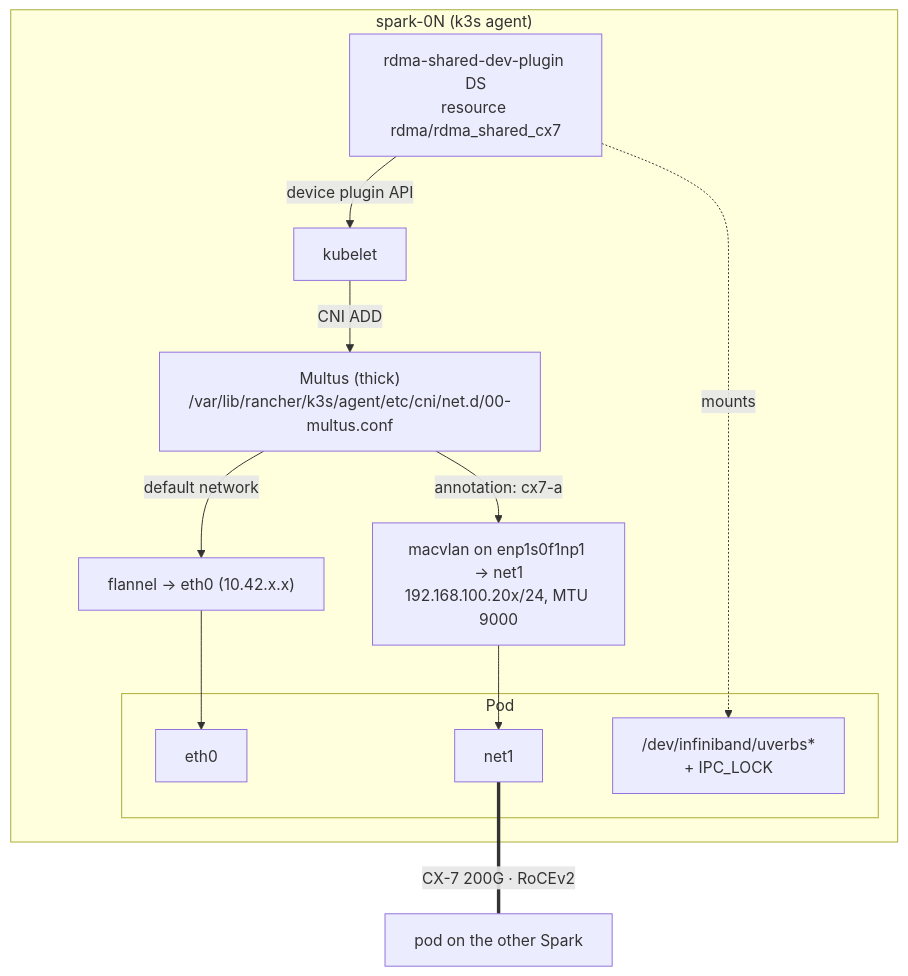
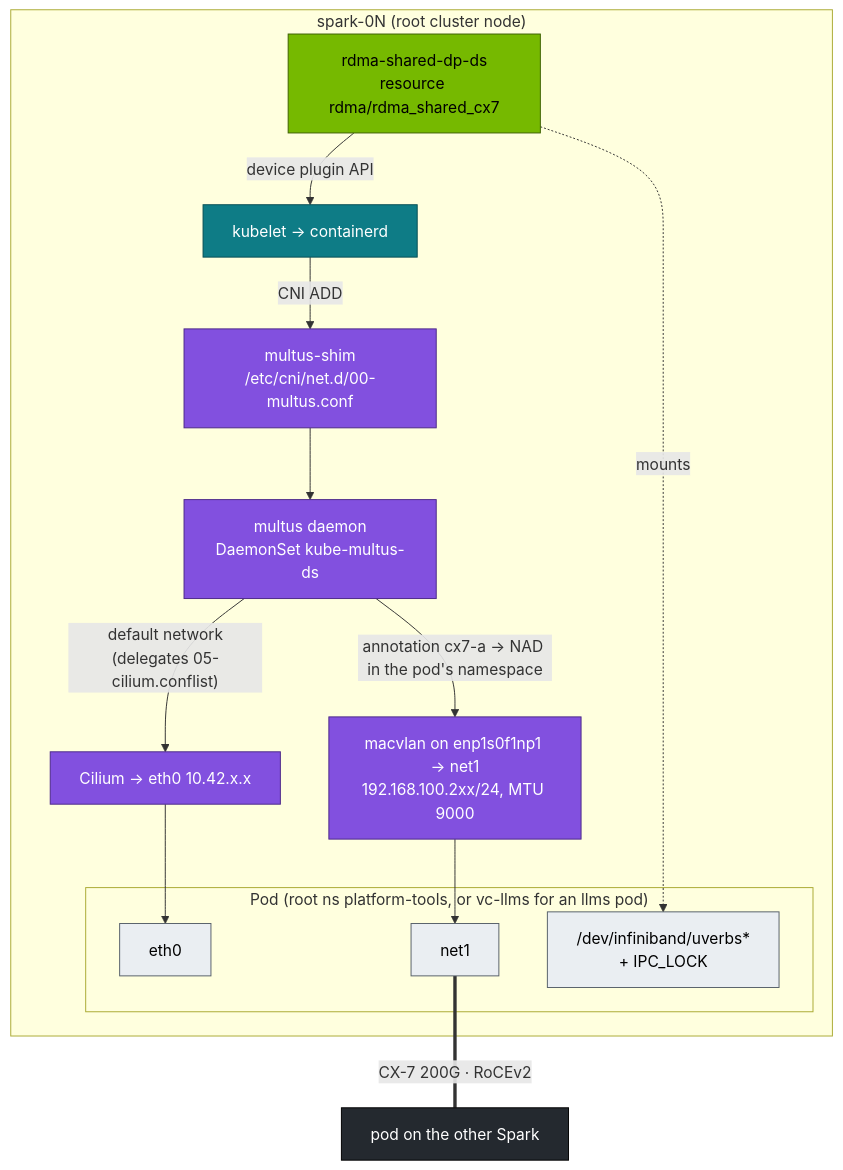
One commit to cloudone365/technical-depth changed the diagram in 01 Ansible/13-multus-cni-and-secondary-rdma-networking.md. Above: the diagram before and after it, drawn with Mermaid. The commit also changed other lines of this file and 53 other files, not shown here.

````diff
--- a/01 Ansible/13-multus-cni-and-secondary-rdma-networking.md
+++ b/01 Ansible/13-multus-cni-and-secondary-rdma-networking.md
@@ -26,16 +30,29 @@
 ```mermaid
 flowchart TB
-  subgraph NODE["spark-0N (k3s agent)"]
-    KUBELET[kubelet] -->|CNI ADD| MULTUS["Multus (thick)<br/>/var/lib/rancher/k3s/agent/etc/cni/net.d/00-multus.conf"]
-    MULTUS -->|default network| FLANNEL["flannel → eth0 (10.42.x.x)"]
-    MULTUS -->|"annotation: cx7-a"| MACVLAN["macvlan on enp1s0f1np1 → net1<br/>192.168.100.20x/24, MTU 9000"]
-    DP["rdma-shared-dev-plugin DS<br/>resource rdma/rdma_shared_cx7"] -->|"device plugin API"| KUBELET
-    subgraph POD["Pod"]
-      E0[eth0] & N1[net1] & DEV["/dev/infiniband/uverbs*<br/>+ IPC_LOCK"]
+  subgraph NODE["spark-0N (root cluster node)"]
+    KUBELET["kubelet → containerd"] -->|"CNI ADD"| SHIM["multus-shim<br/>/etc/cni/net.d/00-multus.conf"]
+    SHIM --> MD["multus daemon<br/>DaemonSet kube-multus-ds"]
+    MD -->|"default network<br/>(delegates 05-cilium.conflist)"| CIL["Cilium → eth0 10.42.x.x"]
+    MD -->|"annotation cx7-a → NAD in the pod's namespace"| MACVLAN["macvlan on enp1s0f1np1 → net1<br/>192.168.100.2xx/24, MTU 9000"]
+    DP["rdma-shared-dp-ds<br/>resource rdma/rdma_shared_cx7"] -->|"device plugin API"| KUBELET
+    subgraph POD["Pod (root ns platform-tools, or vc-llms for an llms pod)"]
+      E0["eth0"]
+      N1["net1"]
+      DEV["/dev/infiniband/uverbs*<br/>+ IPC_LOCK"]
     end
   end
-  FLANNEL --> E0
+  CIL --> E0
   MACVLAN --> N1
   DP -.mounts.-> DEV
-  N1 === |"CX-7 200G · RoCEv2"| OTHER["pod on the other Spark"]
+  N1 ===|"CX-7 200G · RoCEv2"| OTHER["pod on the other Spark"]
+  classDef node fill:#0e7c86,stroke:#064e54,color:#fff
+  classDef net fill:#8250df,stroke:#4c2889,color:#fff
+  classDef gpu fill:#76b900,stroke:#3d6000,color:#000
+  classDef tenant fill:#eaeef2,stroke:#57606a,color:#000
+  classDef ext fill:#24292f,stroke:#000,color:#fff
+  class KUBELET node
+  class SHIM,MD,CIL,MACVLAN net
+  class DP gpu
+  class E0,N1,DEV tenant
+  class OTHER ext
 ```
````
